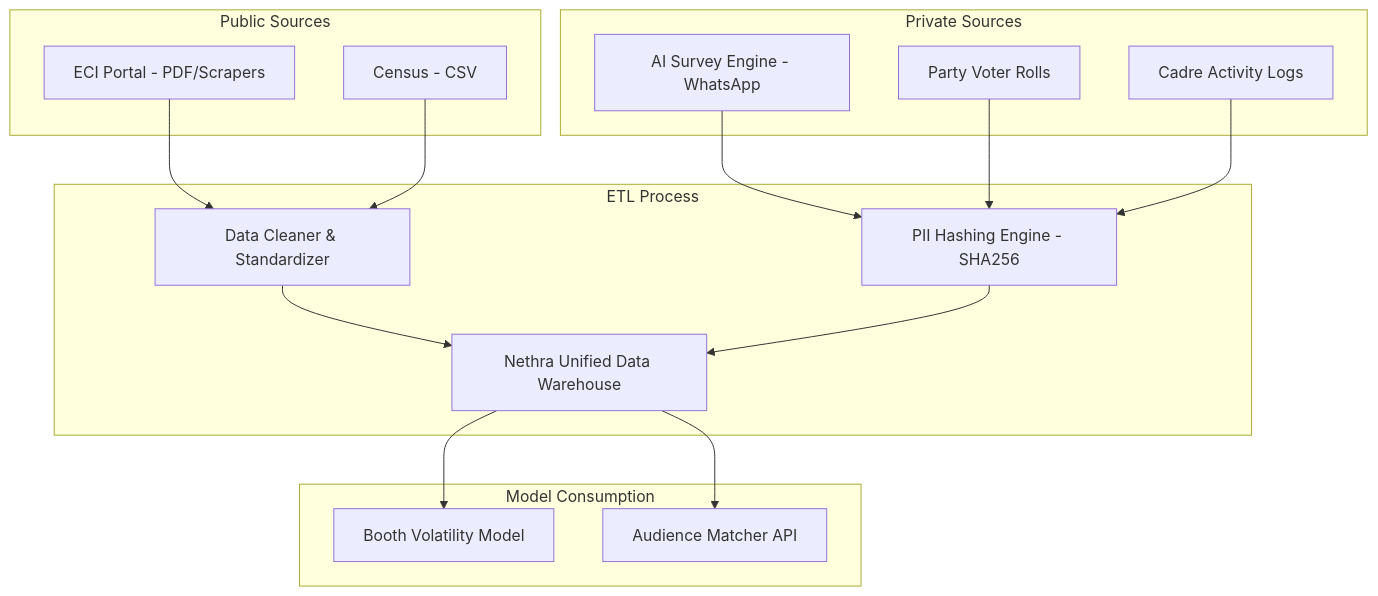
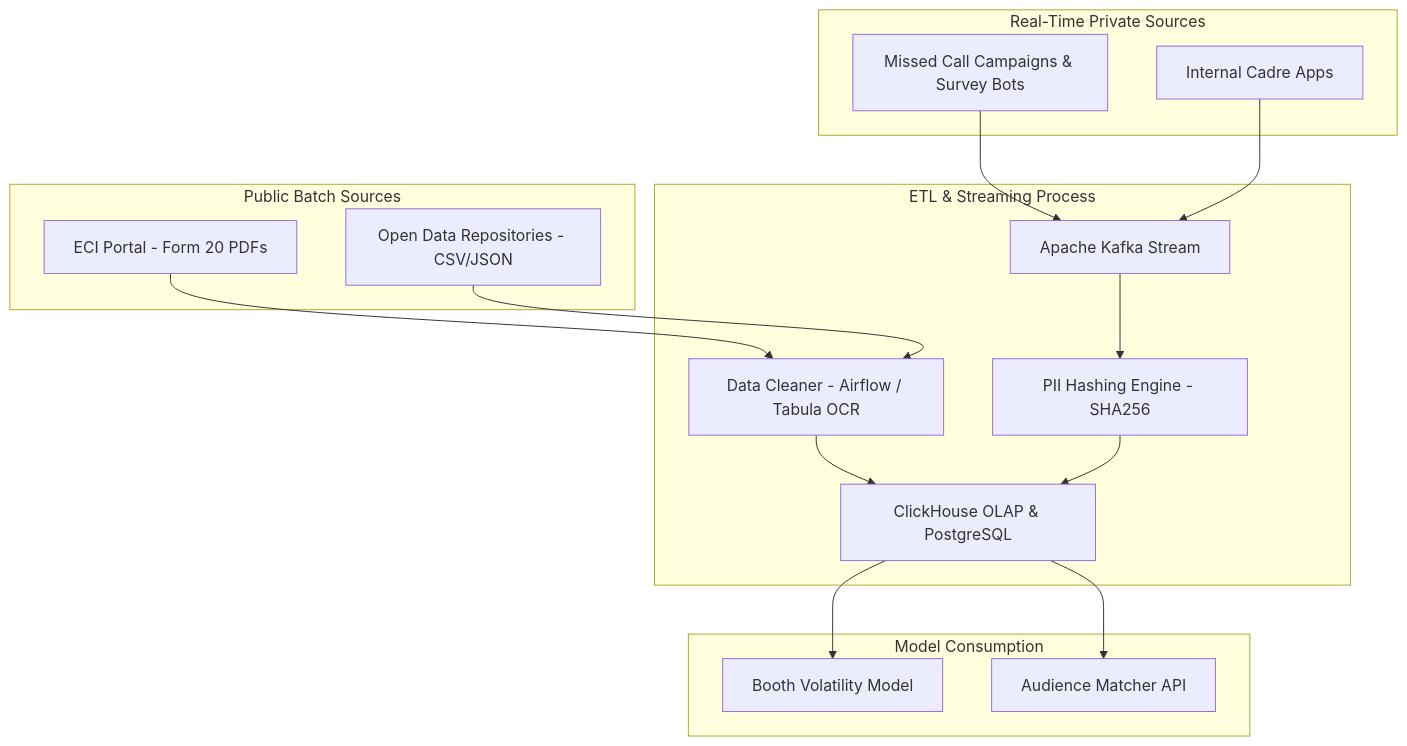
One commit to pramodcbabu/debaz changed the diagram in nethra/docs/data_engineering.md. Above: the diagram before and after it, drawn with Mermaid. The commit also changed other lines of this file and 4 other files, not shown here.

Commit message:
Nethra Iteration 1: Enriched documentation for Political IT Cells and ML Engineering teams, including real-world data source research

````diff
--- a/nethra/docs/data_engineering.md
+++ b/nethra/docs/data_engineering.md
@@ -4,24 +6,24 @@
 ```mermaid
 graph TD
-    subgraph Public Sources
-        A[ECI Portal - PDF/Scrapers]
-        B[Census - CSV]
+    subgraph Public Batch Sources
+        A[ECI Portal - Form 20 PDFs]
+        B[Open Data Repositories - CSV/JSON]
     end
     
-    subgraph Private Sources
-        C[AI Survey Engine - WhatsApp]
-        D[Party Voter Rolls]
-        E[Cadre Activity Logs]
+    subgraph Real-Time Private Sources
+        C[Missed Call Campaigns & Survey Bots]
+        D[Internal Cadre Apps]
     end
     
-    subgraph ETL Process
-        A & B --> F[Data Cleaner & Standardizer]
-        C & D & E --> G[PII Hashing Engine - SHA256]
-        F & G --> H[Nethra Unified Data Warehouse]
+    subgraph ETL & Streaming Process
+        A & B --> F[Data Cleaner - Airflow / Tabula OCR]
+        C & D --> K[Apache Kafka Stream]
+        K --> G[PII Hashing Engine - SHA256]
+        F & G --> H[ClickHouse OLAP & PostgreSQL]
     end
     
     subgraph Model Consumption
         H --> I[Booth Volatility Model]
         H --> J[Audience Matcher API]
     end
 ```
````
